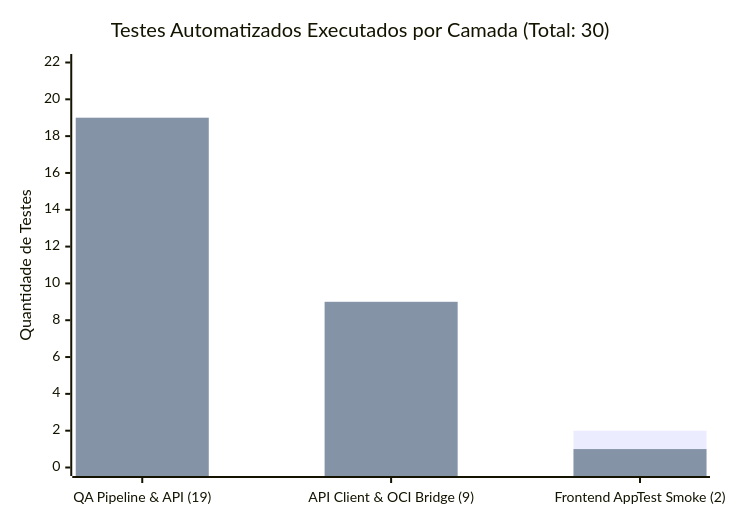
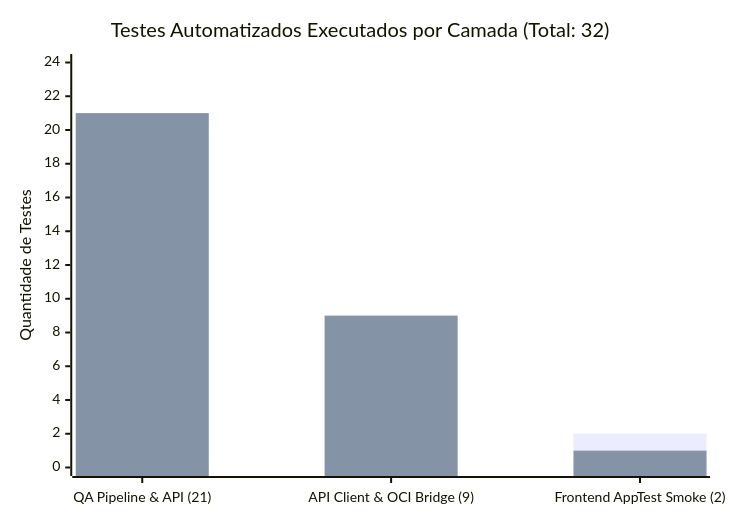
One commit to No-Country-simulation/G10-BRASIL-equipo-26 changed the second of 3 diagrams in docs/relatorio-qa-evidencias.md. Above: the diagram before and after it, drawn with Mermaid. The commit also changed other lines of this file and 19 other files, not shown here.

````diff
--- a/docs/relatorio-qa-evidencias.md
+++ b/docs/relatorio-qa-evidencias.md
@@ -30,8 +30,8 @@
 ```mermaid
 xychart-beta
-    title "Testes Automatizados Executados por Camada (Total: 30)"
-    x-axis ["QA Pipeline & API (19)", "API Client & OCI Bridge (9)", "Frontend AppTest Smoke (2)"]
-    y-axis "Quantidade de Testes" 0 --> 22
-    bar [19, 9, 2]
-    bar [19, 9, 1]
+    title "Testes Automatizados Executados por Camada (Total: 32)"
+    x-axis ["QA Pipeline & API (21)", "API Client & OCI Bridge (9)", "Frontend AppTest Smoke (2)"]
+    y-axis "Quantidade de Testes" 0 --> 24
+    bar [21, 9, 2]
+    bar [21, 9, 1]
 ```
````
